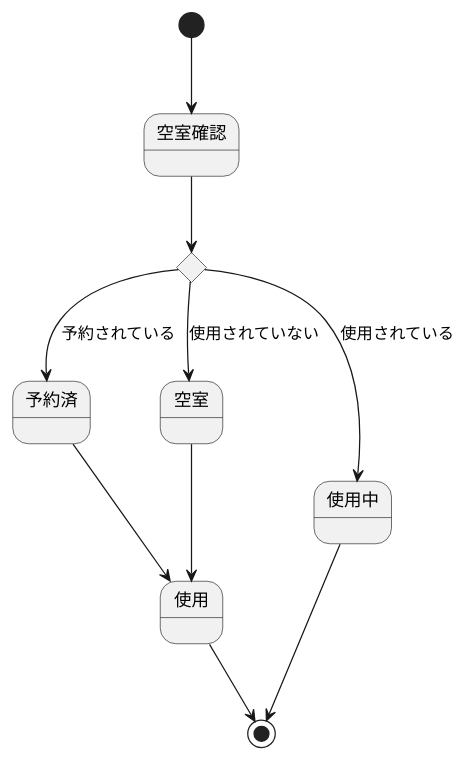
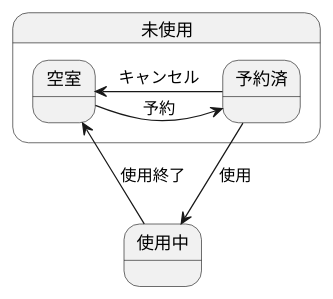
The diagram in 演習6-2_SD_部屋オブジェクト.pu (orenouserNamehaKawamura1/uml-introduction), drawn with PlantUML before and after one commit.

Commit message:
完成

```diff
--- a/演習6-2_SD_部屋オブジェクト.pu
+++ b/演習6-2_SD_部屋オブジェクト.pu
@@ -1,13 +1,9 @@
 @startuml
 ' left to right direction
-[*] --> 空室確認
-state c <<choice>>
-空室確認 --> c
-c --> 予約済 : 予約されている
-c --> 空室 : 使用されていない
-c --> 使用中 : 使用されている
-予約済 --> 使用 
-空室 --> 使用
-使用 -->[*]
-使用中 --> [*]
+state 未使用 {
+    空室 -right-> 予約済 :予約
+    予約済 -left-> 空室 :キャンセル
+}
+    予約済 -down-> 使用中 :使用
+    使用中 -up-> 空室 :使用終了
 @enduml
```
